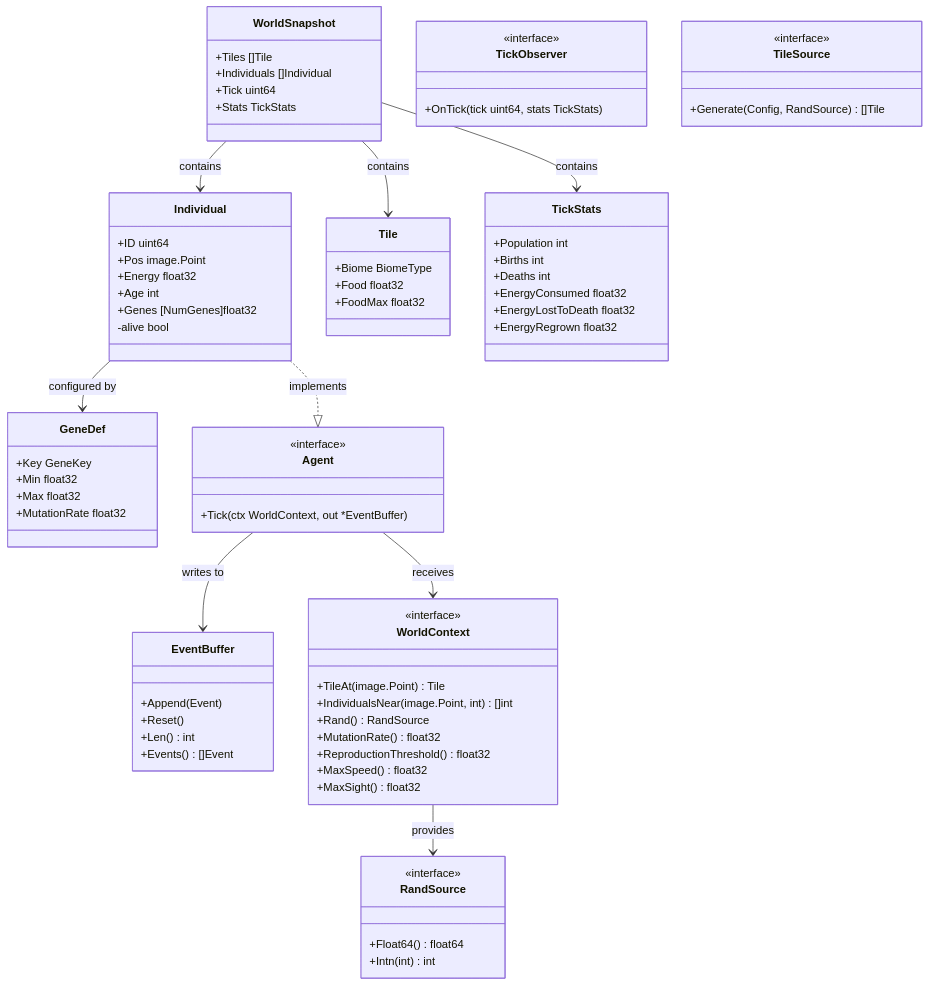
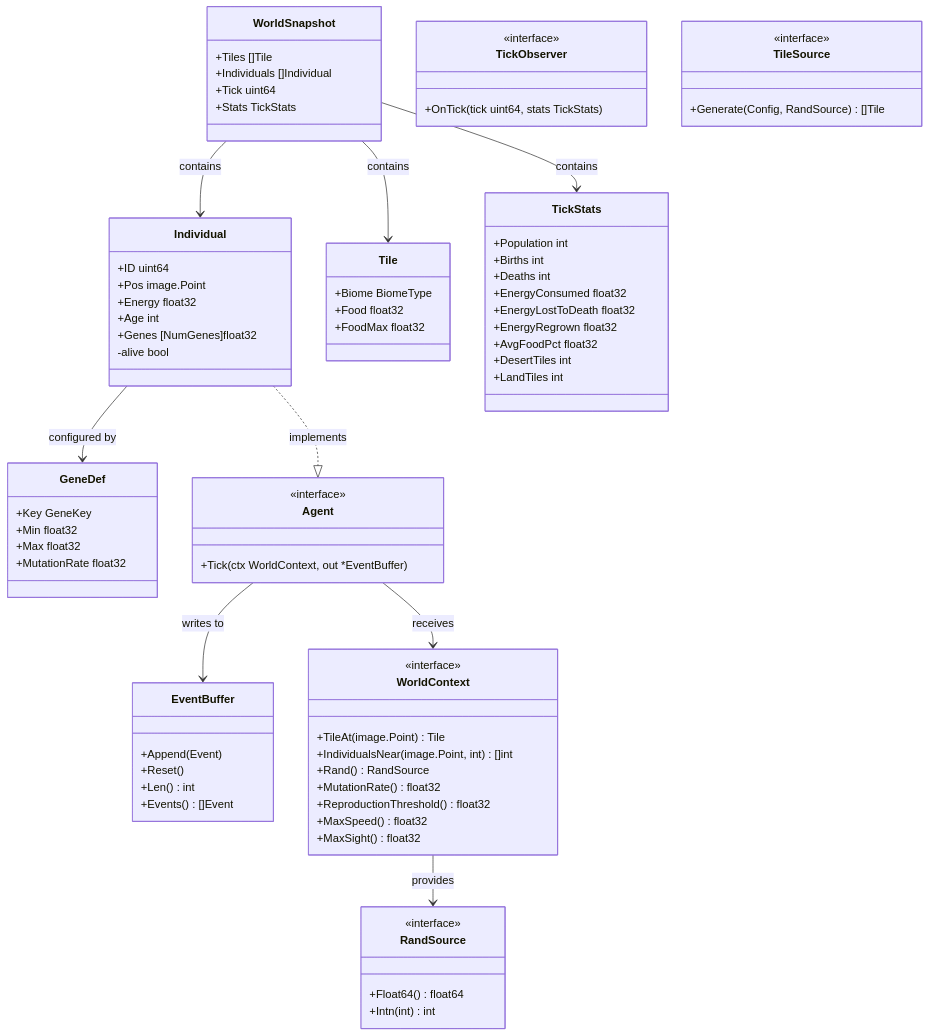
The third of 6 diagrams in docs/ARCHITECTURE.md (Sternrassler/evolution), drawn with Mermaid before and after one commit. The commit also changed other lines of this file and 5 other files, not shown here.

First line of the commit message:
Docs: ROADMAP/ARCHITECTURE/GLOSSAR/ADR aktualisiert

```diff
--- a/docs/ARCHITECTURE.md
+++ b/docs/ARCHITECTURE.md
@@ -161,6 +161,9 @@
         +EnergyConsumed float32
         +EnergyLostToDeath float32
         +EnergyRegrown float32
+        +AvgFoodPct float32
+        +DesertTiles int
+        +LandTiles int
     }
 
     class Agent {
```
